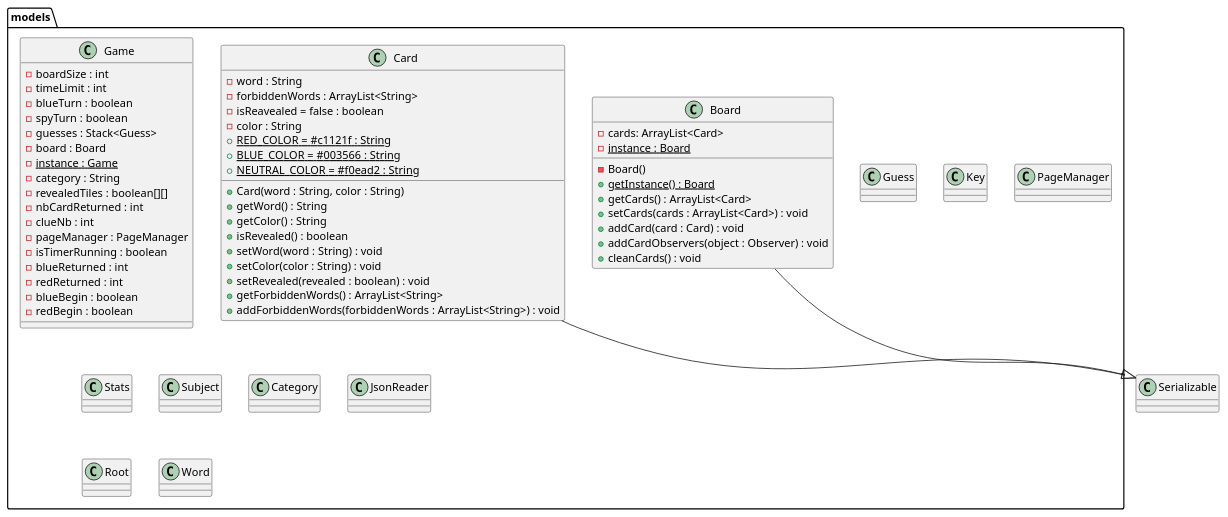
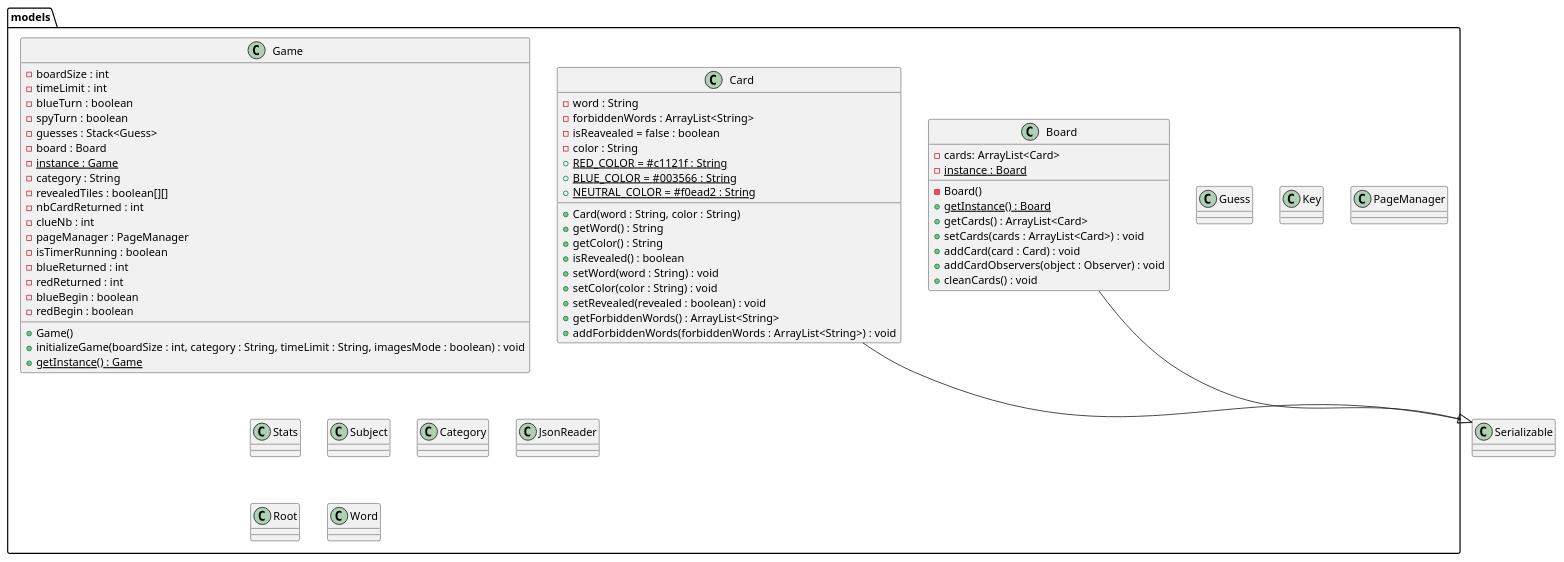
One commit to eth59/CodingWeek changed the diagram in diagrams/models.puml. Above: the diagram before and after it, drawn with PlantUML.

Commit message:
suite diagramme classe

```diff
--- a/diagrams/models.puml
+++ b/diagrams/models.puml
@@ -1,84 +1,87 @@
 @startuml
 'https://plantuml.com/class-diagram
 
 package models{
 
     class Board {
     - cards: ArrayList<Card>
     - instance : Board {static}
     - Board()
     + getInstance() : Board {static}
     + getCards() : ArrayList<Card>
     + setCards(cards : ArrayList<Card>) : void
     + addCard(card : Card) : void
     + addCardObservers(object : Observer) : void
     + cleanCards() : void
     }
 
     class Card{
     - word : String
     - forbiddenWords : ArrayList<String>
     - isReavealed = false : boolean
     - color : String
     + RED_COLOR = #c1121f : String {static}
     + BLUE_COLOR = #003566 : String {static}
     + NEUTRAL_COLOR = #f0ead2 : String {static}
     + Card(word : String, color : String)
     + getWord() : String
     + getColor() : String
     + isRevealed() : boolean
     + setWord(word : String) : void
     + setColor(color : String) : void
     + setRevealed(revealed : boolean) : void
     + getForbiddenWords() : ArrayList<String>
     + addForbiddenWords(forbiddenWords : ArrayList<String>) : void
     }
 
     class Game{
     - boardSize : int
     - timeLimit : int
     - blueTurn : boolean
     - spyTurn : boolean
     - guesses : Stack<Guess>
     - board : Board
     - instance : Game {static}
     - category : String
     - revealedTiles : boolean[][]
     - nbCardReturned : int
     - clueNb : int
     - pageManager : PageManager
     - isTimerRunning : boolean
     - blueReturned : int
     - redReturned : int
     - blueBegin : boolean
     - redBegin : boolean
+    + Game()
+    + initializeGame(boardSize : int, category : String, timeLimit : String, imagesMode : boolean) : void
+    + getInstance() : Game {static}
 
     }
 
     class Guess{
     }
 
     class Key{
     }
 
     class PageManager{
     }
 
     class Stats{
     }
 
     class Subject{
     }
 
     class Category{}
 
     class JsonReader{}
 
     class Root{}
 
     class Word{}
 }
 
 Board --|> Serializable
 Card --|> Serializable
 @enduml
```
